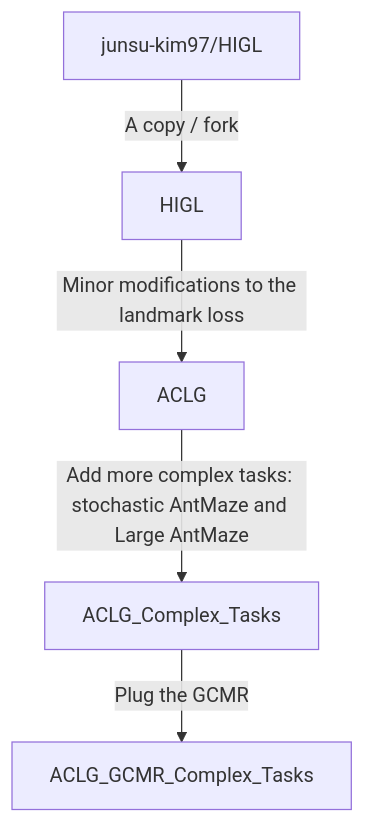
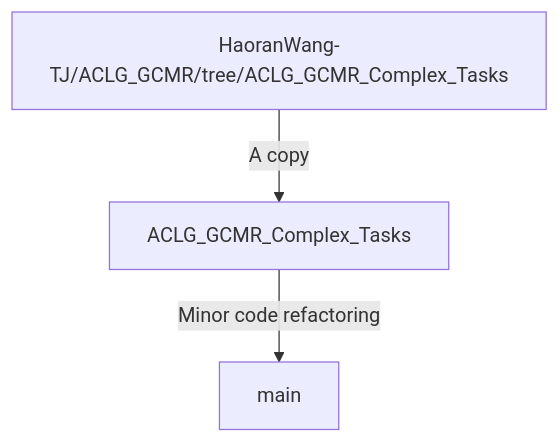
The diagram in README.md (HaoranWang-TJ/GCMR_ACLG_official), drawn with Mermaid before and after one commit. The commit also changed other lines of this file and 8 other files, not shown here.

````diff
--- a/README.md
+++ b/README.md
@@ -11,7 +11,5 @@
 ```mermaid
 flowchart TD
-    S[junsu-kim97/HIGL] --> |A copy / fork| A[HIGL]
-    A[HIGL] -->|Minor modifications to the landmark loss| B[ACLG]
-    B[ACLG] -->|Add more complex tasks: stochastic AntMaze and Large AntMaze| C[ACLG_Complex_Tasks]
-    C[ACLG_Complex_Tasks] -->|Plug the GCMR| D[ACLG_GCMR_Complex_Tasks]
+    S[HaoranWang-TJ/ACLG_GCMR/tree/ACLG_GCMR_Complex_Tasks] --> |A copy| A[ACLG_GCMR_Complex_Tasks]
+    A[ACLG_GCMR_Complex_Tasks] -->|Minor code refactoring| B[main]
 ```
````
